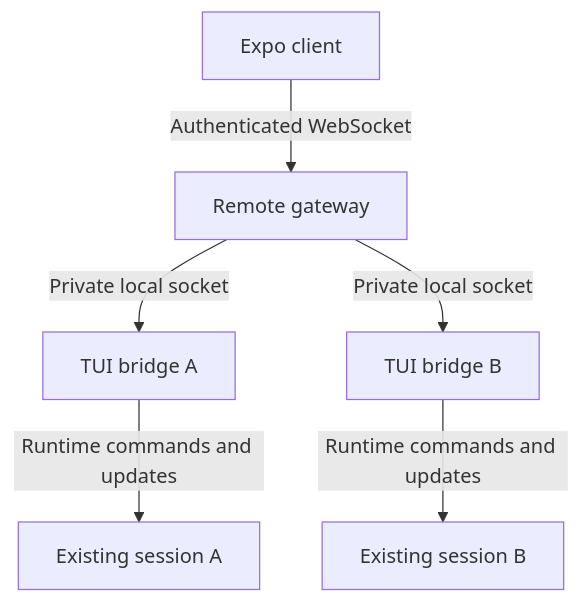
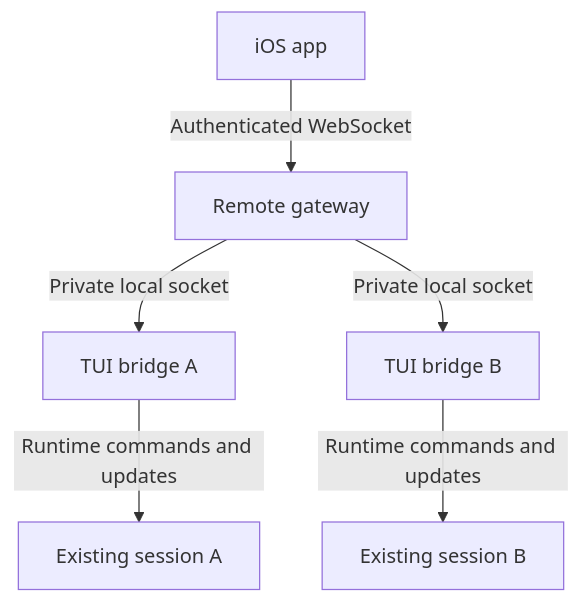
Before and after one commit to LHagfoss/rustcode: the diagram in docs/architecture/mobile-remote-plan.md, drawn with Mermaid. The commit also changed other lines of this file and 1 other file, not shown here.

Commit message:
docs(engine): plan the remote client as a native iOS app

````diff
--- a/docs/architecture/mobile-remote-plan.md
+++ b/docs/architecture/mobile-remote-plan.md
@@ -51,8 +52,8 @@
 ```mermaid
 flowchart TD
-    P["Expo client"] -->|"Authenticated WebSocket"| G["Remote gateway"]
+    P["iOS app"] -->|"Authenticated WebSocket"| G["Remote gateway"]
     G -->|"Private local socket"| A["TUI bridge A"]
     G -->|"Private local socket"| B["TUI bridge B"]
     A -->|"Runtime commands and updates"| R["Existing session A"]
     B -->|"Runtime commands and updates"| S["Existing session B"]
 ```
````
